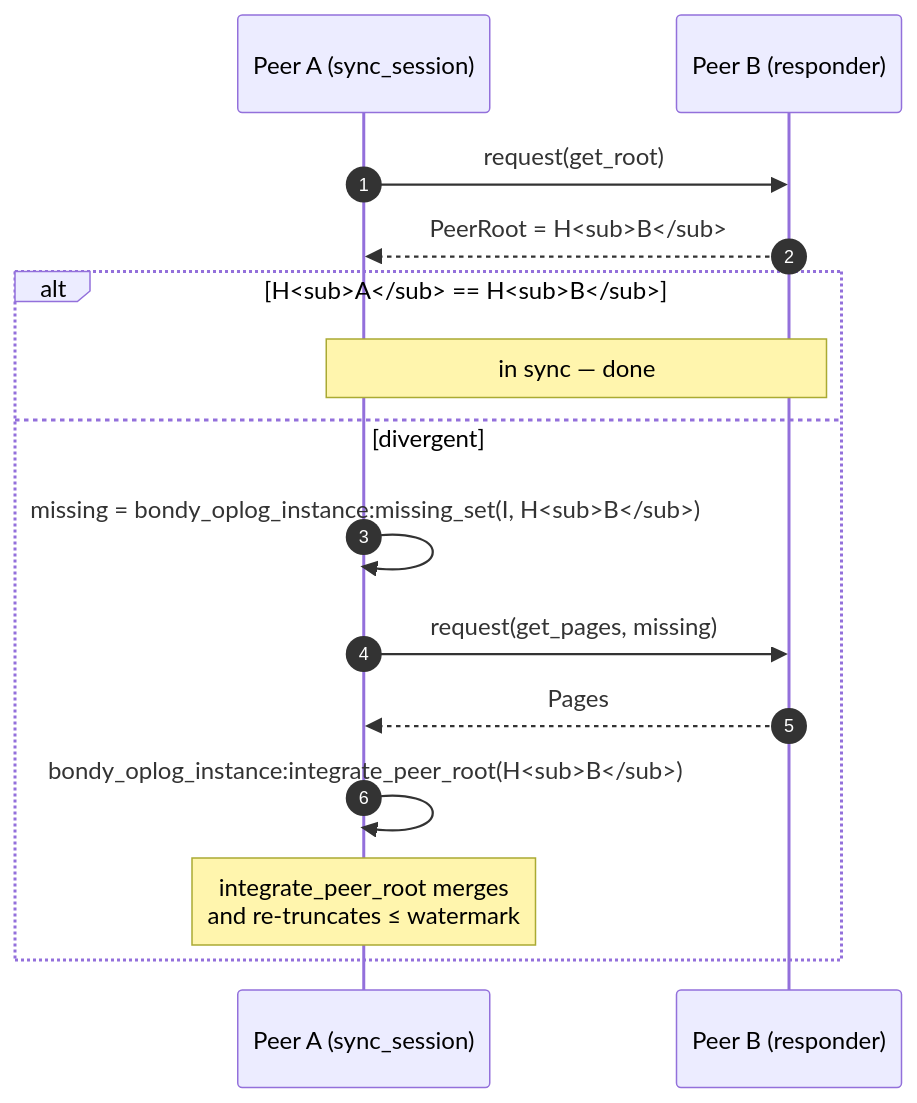
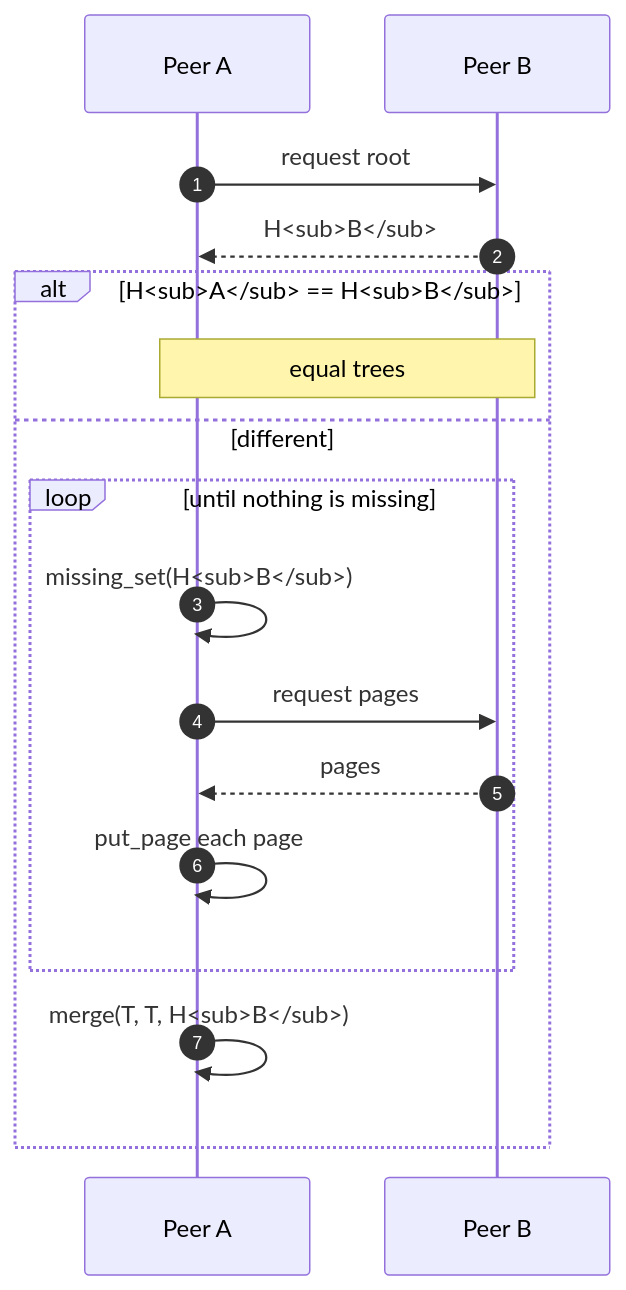
One commit to bondy-io/bondy changed the eighth of 9 diagrams in apps/bondy_mst/doc_extras/architecture/02_bondy_mst.md. Above: the diagram before and after it, drawn with Mermaid. The commit also changed other lines of this file and 449 other files, not shown here.

````diff
--- a/apps/bondy_mst/doc_extras/architecture/02_bondy_mst.md
+++ b/apps/bondy_mst/doc_extras/architecture/02_bondy_mst.md
@@ -355,18 +358,20 @@
 ```mermaid
 sequenceDiagram
     autonumber
-    participant A as Peer A (sync_session)
-    participant B as Peer B (responder)
+    participant A as Peer A
+    participant B as Peer B
 
-    A->>B: request(get_root)
-    B-->>A: PeerRoot = H<sub>B</sub>
+    A->>B: request root
+    B-->>A: H<sub>B</sub>
     alt H<sub>A</sub> == H<sub>B</sub>
-        Note over A,B: in sync — done
-    else divergent
-        A->>A: missing = bondy_oplog_instance:missing_set(I, H<sub>B</sub>)
-        A->>B: request(get_pages, missing)
-        B-->>A: Pages
-        A->>A: bondy_oplog_instance:integrate_peer_root(H<sub>B</sub>)
-        Note over A: integrate_peer_root merges<br/>and re-truncates ≤ watermark
+        Note over A,B: equal trees
+    else different
+        loop until nothing is missing
+            A->>A: missing_set(H<sub>B</sub>)
+            A->>B: request pages
+            B-->>A: pages
+            A->>A: put_page each page
+        end
+        A->>A: merge(T, T, H<sub>B</sub>)
     end
 ```
````
